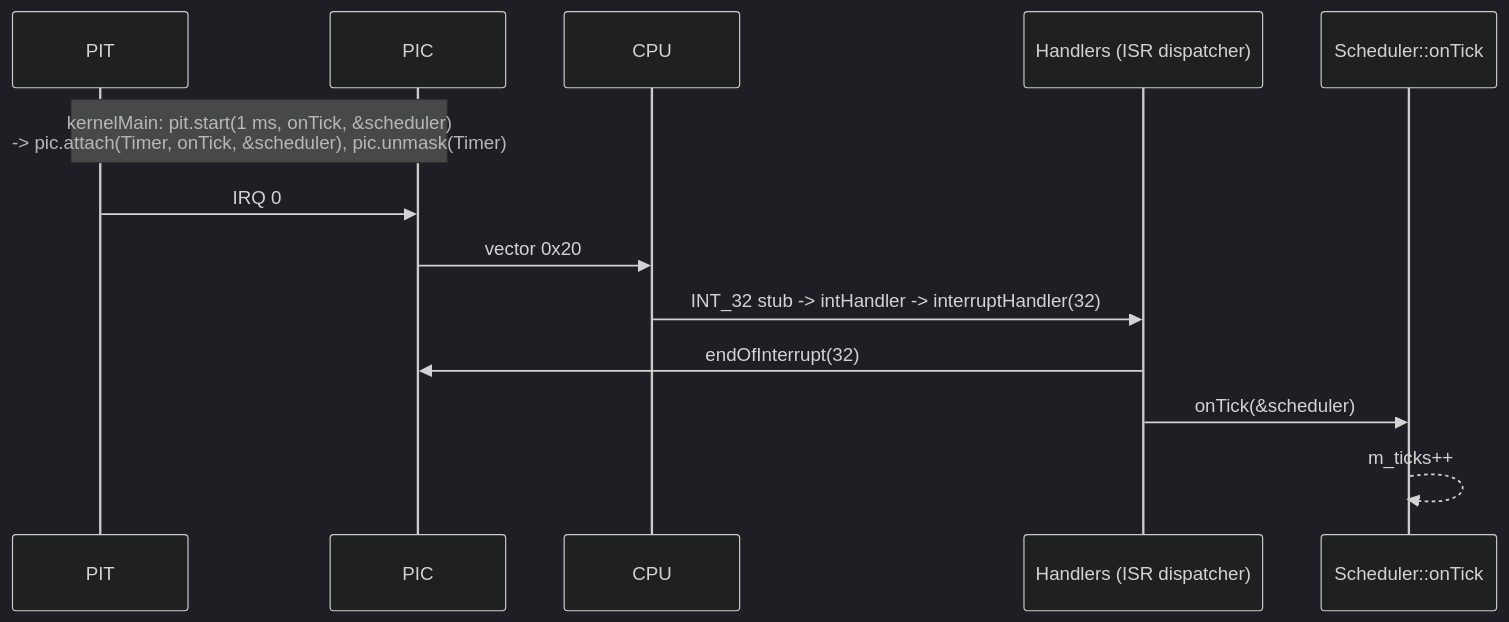
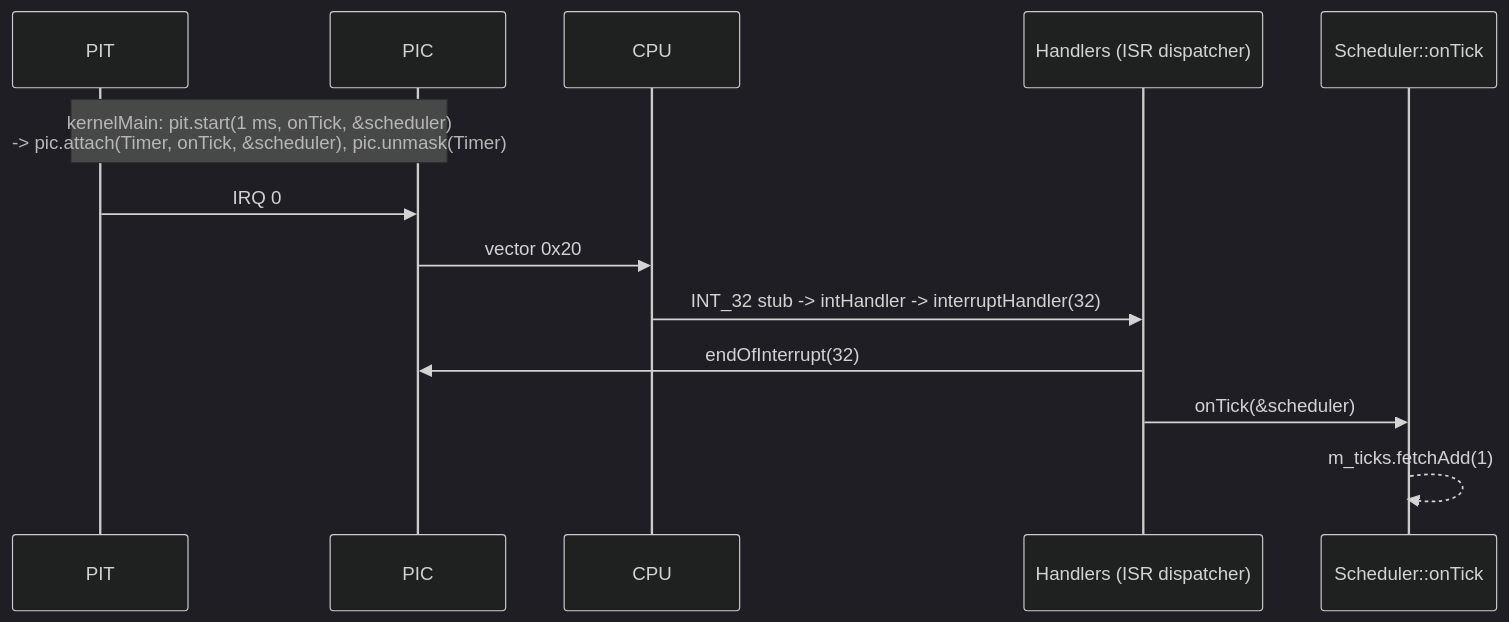
One commit to oguzhankynk/atlOS changed the diagram in kernel/drivers/README.md. Above: the diagram before and after it, drawn with Mermaid (dark theme). The commit also changed 22 other files, not shown here.

````diff
--- a/kernel/drivers/README.md
+++ b/kernel/drivers/README.md
@@ -63,15 +63,15 @@
 ```mermaid
 sequenceDiagram
     participant PIT
     participant PIC
     participant CPU
     participant D as Handlers (ISR dispatcher)
     participant S as Scheduler::onTick
     Note over PIT,PIC: kernelMain: pit.start(1 ms, onTick, &scheduler)<br/>-> pic.attach(Timer, onTick, &scheduler), pic.unmask(Timer)
     PIT->>PIC: IRQ 0
     PIC->>CPU: vector 0x20
     CPU->>D: INT_32 stub -> intHandler -> interruptHandler(32)
     D->>PIC: endOfInterrupt(32)
     D->>S: onTick(&scheduler)
-    S-->>S: m_ticks++
+    S-->>S: m_ticks.fetchAdd(1)
 ```
````
